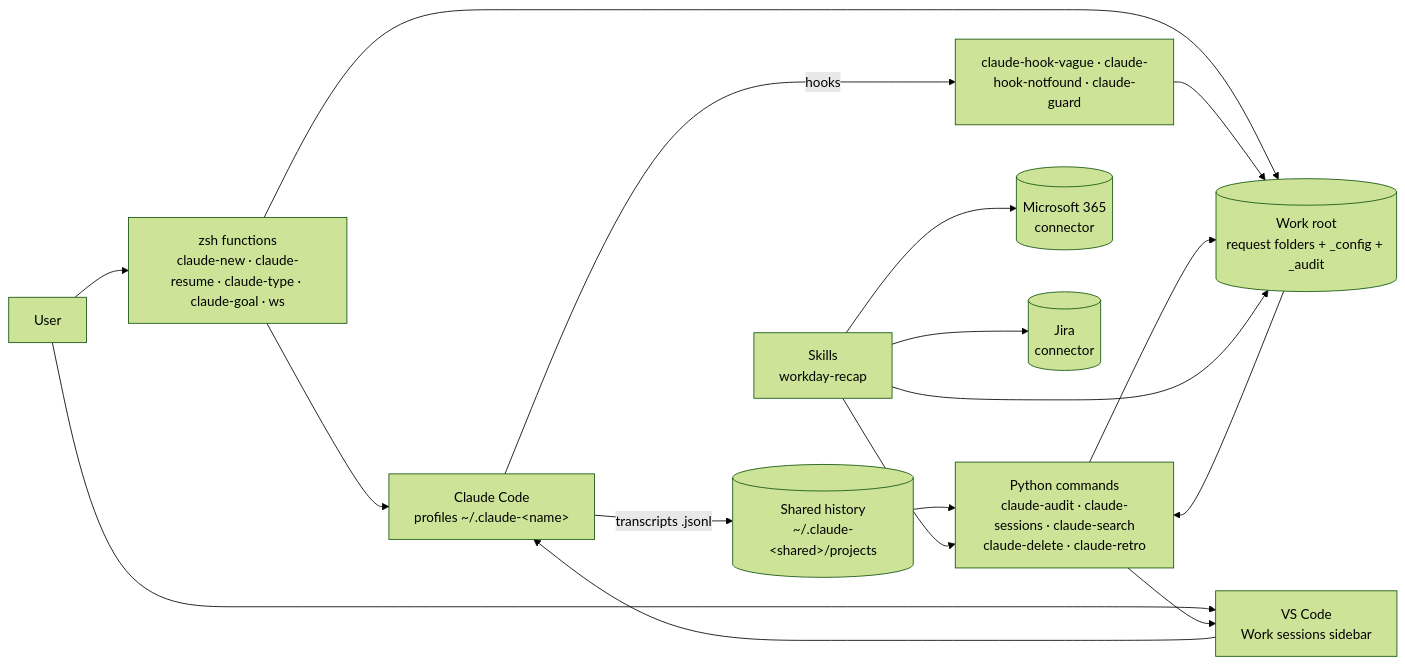
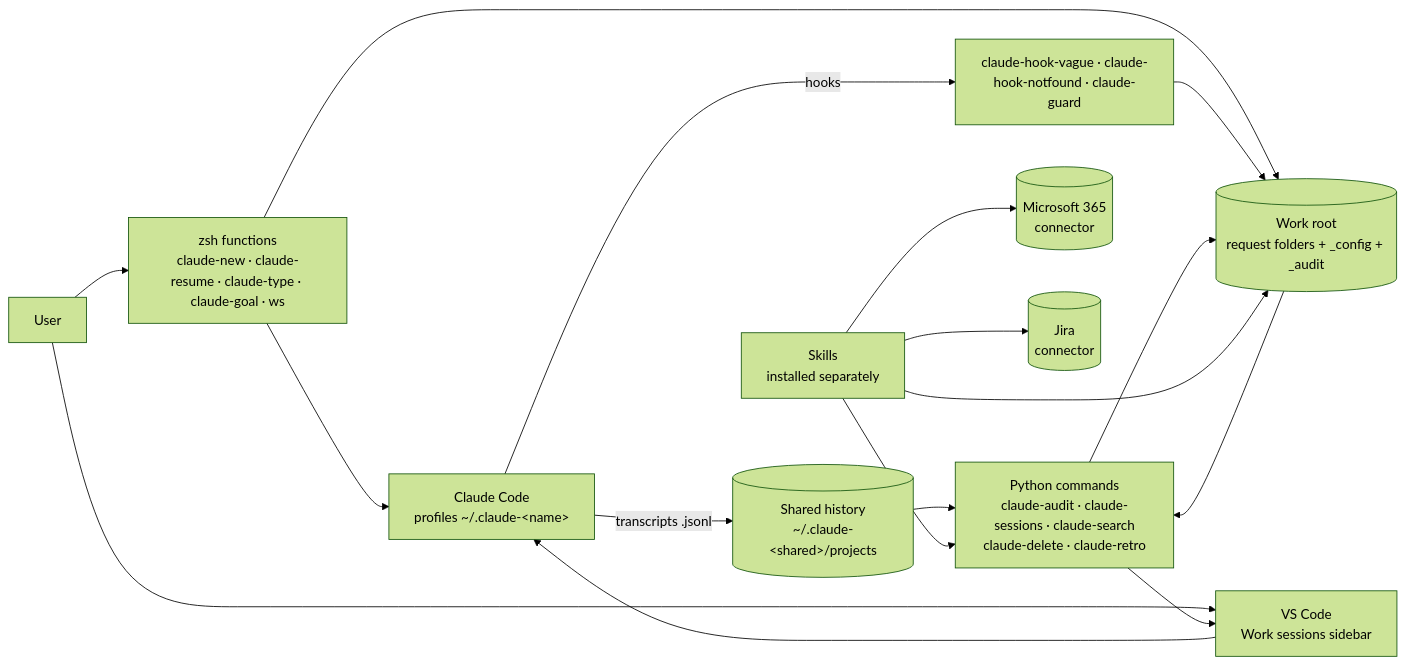
The first of 5 diagrams in docs/hld.md (jviegas6/claude-worksessions), drawn with Mermaid (forest theme) before and after one commit. The commit also changed other lines of this file and 28 other files, not shown here.

````diff
--- a/docs/hld.md
+++ b/docs/hld.md
@@ -42,19 +42,19 @@
 ```mermaid
 flowchart LR
   U[User] --> SH[zsh functions<br/>claude-new · claude-resume · claude-type · claude-goal · ws]
   U --> VS[VS Code<br/>Work sessions sidebar]
   SH --> CC[Claude Code<br/>profiles ~/.claude-&lt;name&gt;]
   VS --> CC
   CC -->|transcripts .jsonl| T[(Shared history<br/>~/.claude-&lt;shared&gt;/projects)]
   CC -->|hooks| H[claude-hook-vague · claude-hook-notfound · claude-guard]
   SH --> W[(Work root<br/>request folders + _config + _audit)]
   H --> W
   T --> PY[Python commands<br/>claude-audit · claude-sessions · claude-search<br/>claude-delete · claude-retro]
   W --> PY
   PY --> W
-  SK[Skills<br/>workday-recap] --> M365[(Microsoft 365<br/>connector)]
+  SK[Skills<br/>installed separately] --> M365[(Microsoft 365<br/>connector)]
   SK --> J[(Jira<br/>connector)]
   SK --> PY
   SK --> W
   PY --> VS
 ```
````
